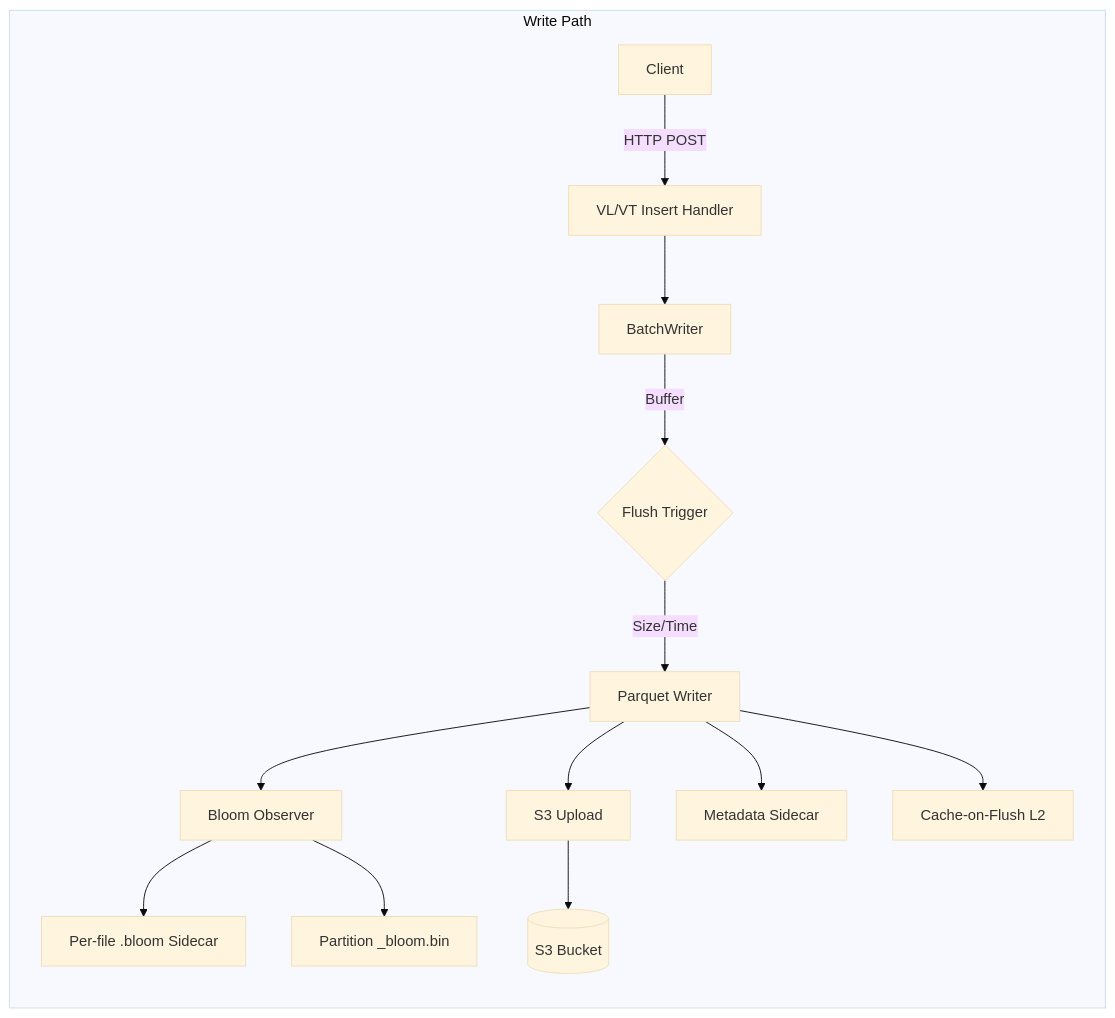
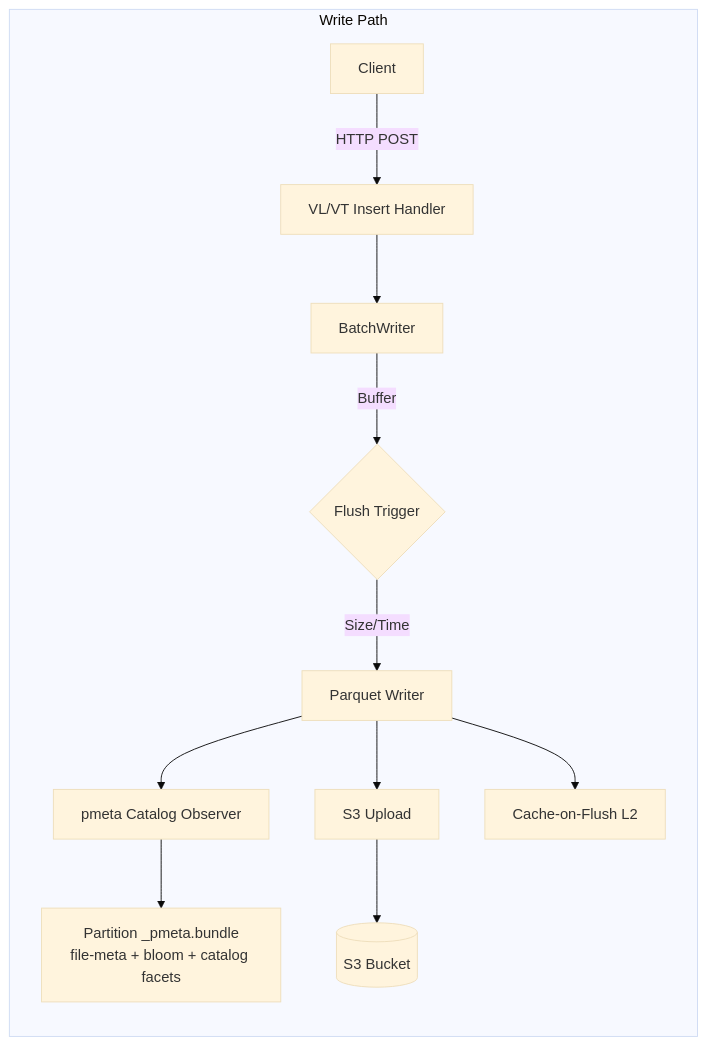
The second of 6 diagrams in docs/architecture-overview.md (ReliablyObserve/victoria-lakehouse), drawn with Mermaid (base theme) before and after one commit. The commit also changed other lines of this file and 26 other files, not shown here.

````diff
--- a/docs/architecture-overview.md
+++ b/docs/architecture-overview.md
@@ -139,16 +139,14 @@
 ```mermaid
 flowchart LR
     subgraph "Write Path"
         A[Client] -->|HTTP POST| B[VL/VT Insert Handler]
         B --> C[BatchWriter]
         C -->|Buffer| D{Flush Trigger}
         D -->|Size/Time| E[Parquet Writer]
         E --> F[S3 Upload]
-        E --> G[Bloom Observer]
-        G --> H[Per-file .bloom Sidecar]
-        G --> I[Partition _bloom.bin]
-        E --> J[Metadata Sidecar]
+        E --> G[pmeta Catalog Observer]
+        G --> I[Partition _pmeta.bundle<br/>file-meta + bloom + catalog facets]
         E --> K[Cache-on-Flush L2]
         F --> L[(S3 Bucket)]
     end
 ```
````
